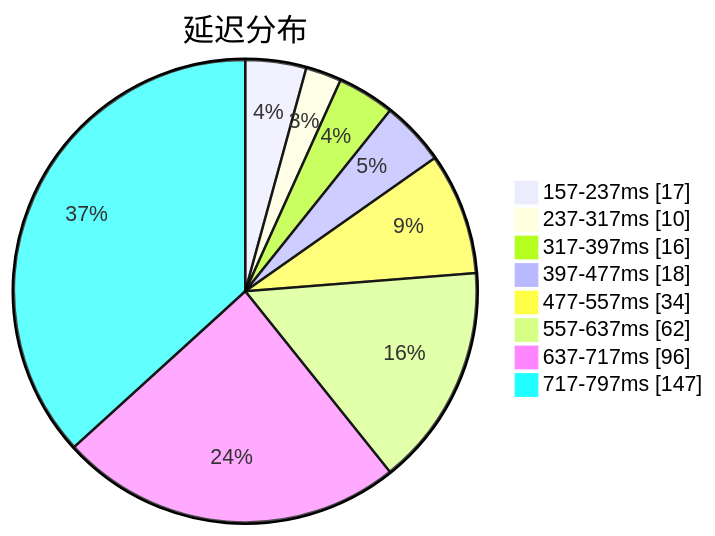
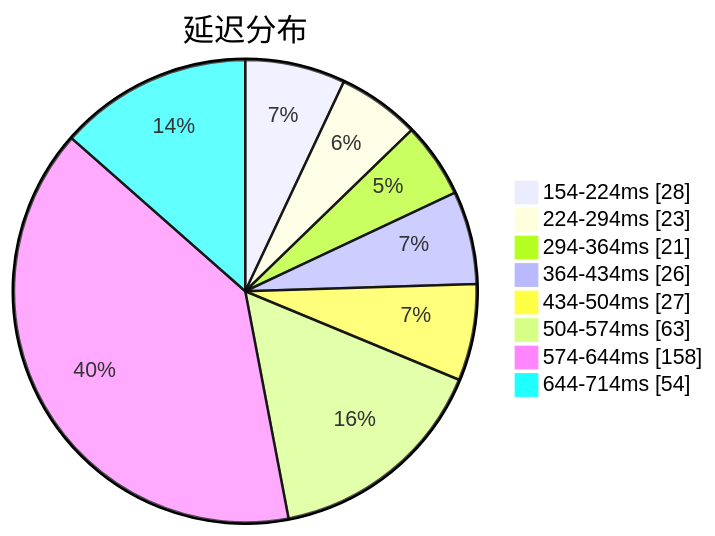
Before and after one commit to qjlxg/airport: the first of 3 diagrams in subs/statistics/tested_within.md, drawn with Mermaid. The commit also changed other lines of this file and 2 other files, not shown here.

Commit message:
Tested by metaST

````diff
--- a/subs/statistics/tested_within.md
+++ b/subs/statistics/tested_within.md
@@ -2,12 +2,12 @@
 ```mermaid
 pie showData
 title 延迟分布
-"157-237ms" : 17
-"237-317ms" : 10
-"317-397ms" : 16
-"397-477ms" : 18
-"477-557ms" : 34
-"557-637ms" : 62
-"637-717ms" : 96
-"717-797ms" : 147
+"154-224ms" : 28
+"224-294ms" : 23
+"294-364ms" : 21
+"364-434ms" : 26
+"434-504ms" : 27
+"504-574ms" : 63
+"574-644ms" : 158
+"644-714ms" : 54
 ```
````
